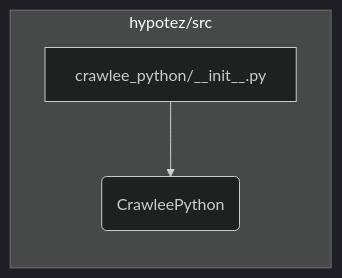
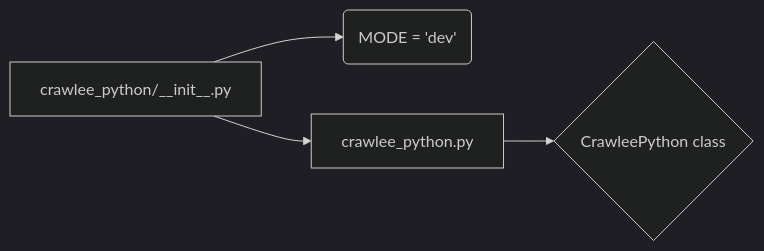
Before and after one commit to hypo69/hypo: the second of 2 diagrams in docs/gemini/ru/explainer/src/webdriver/crawlee_python/__init__.md, drawn with Mermaid (dark theme). The commit also changed other lines of this file and 311 other files, not shown here.

````diff
--- a/docs/gemini/ru/explainer/src/webdriver/crawlee_python/__init__.md
+++ b/docs/gemini/ru/explainer/src/webdriver/crawlee_python/__init__.md
@@ -38,6 +34,6 @@
 ```mermaid
 graph LR
-    subgraph "hypotez/src"
-        A[crawlee_python/__init__.py] --> B(CrawleePython);
-    end
+    A[crawlee_python/__init__.py] --> B(MODE = 'dev');
+    A --> C[crawlee_python.py];
+    C --> D{CrawleePython class};
 ```
````
